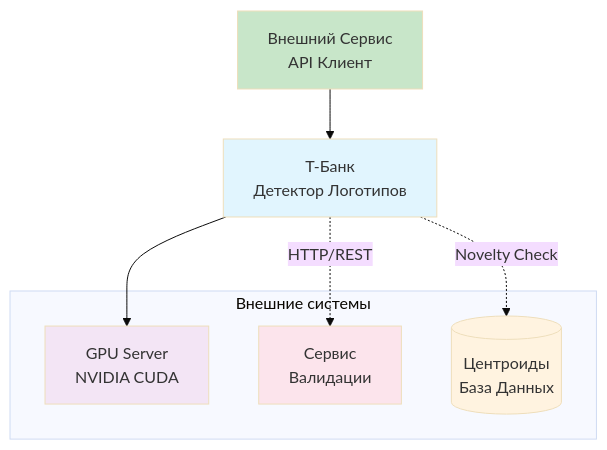
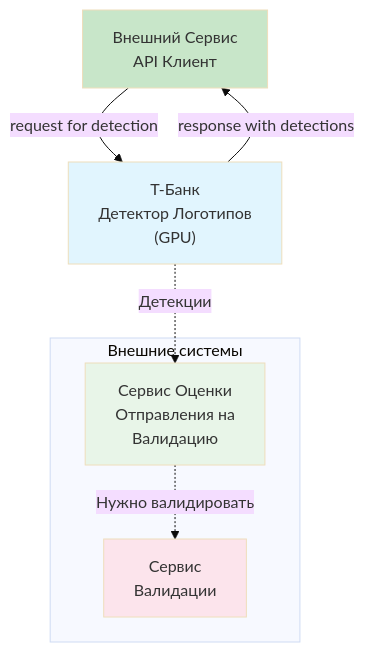
The first of 5 diagrams in service/README.md (medphisiker/tbank_logo_detector), drawn with Mermaid (base theme) before and after one commit. The commit also changed other lines of this file, not shown here.

First line of the commit message:
docs(service): обновить документацию архитектуры сервиса детекции логотипов

````diff
--- a/service/README.md
+++ b/service/README.md
@@ -22,21 +36,19 @@
 ```mermaid
 graph TB
-    ExternalService[Внешний Сервис<br/>API Клиент] --> TBankDetector[T-Банк<br/>Детектор Логотипов]
+    ExternalService["Внешний Сервис<br/>API Клиент"] -->|"request for detection"| TBankDetector["T-Банк<br/>Детектор Логотипов<br/>(GPU)"]
 
-    TBankDetector --> GPU[GPU Server<br/>NVIDIA CUDA]
+    TBankDetector -->|"response with detections"| ExternalService
 
     subgraph "Внешние системы"
-        GPU
-        ValidationService[Сервис<br/>Валидации]
-        CentroidsDB[(Центроиды<br/>База Данных)]
+        EvaluationService["Сервис Оценки<br/>Отправления на<br/>Валидацию"]
+        ValidationService["Сервис<br/>Валидации"]
     end
 
-    TBankDetector -.->|HTTP/REST| ValidationService
-    TBankDetector -.->|Novelty Check| CentroidsDB
+    TBankDetector -.->|"Детекции"| EvaluationService
+    EvaluationService -.->|"Нужно валидировать"| ValidationService
 
     style TBankDetector fill:#e1f5fe
-    style GPU fill:#f3e5f5
+    style EvaluationService fill:#e8f5e8
     style ValidationService fill:#fce4ec
     style ExternalService fill:#c8e6c9
-    style CentroidsDB fill:#fff3e0
 ```
````
